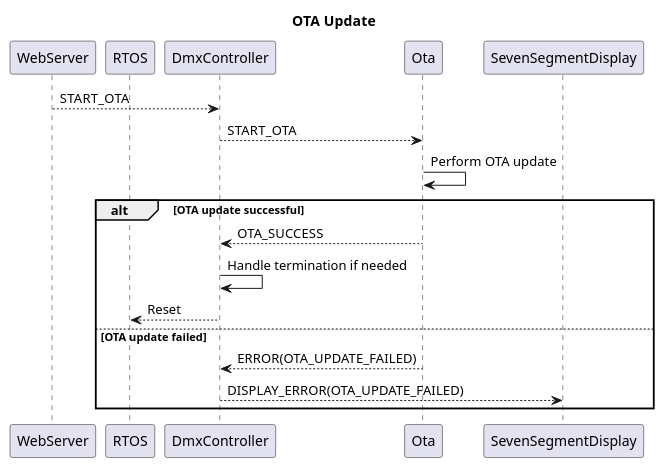
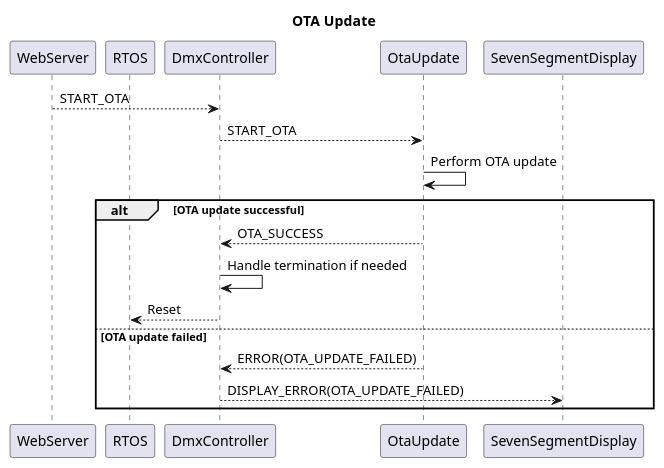
The eighth of 8 diagrams in Documentation/software_design.puml (michelkeijzers/Esp32DmxController), drawn with PlantUML before and after one commit. The commit also changed other lines of this file and 8 other files, not shown here.

```diff
--- a/Documentation/software_design.puml
+++ b/Documentation/software_design.puml
@@ -442,21 +442,21 @@
 @startuml 
 title OTA Update
 
 participant WebServer
 participant RTOS
 participant DmxController
-participant Ota
+participant OtaUpdate
 participant SevenSegmentDisplay
 
 WebServer --> DmxController : START_OTA
-DmxController --> Ota : START_OTA 
-Ota -> Ota : Perform OTA update
+DmxController --> OtaUpdate : START_OTA 
+OtaUpdate -> OtaUpdate : Perform OTA update
 alt OTA update successful
-    Ota --> DmxController : OTA_SUCCESS
+    OtaUpdate --> DmxController : OTA_SUCCESS
     DmxController -> DmxController : Handle termination if needed
     DmxController --> RTOS: Reset
 else OTA update failed
-    Ota --> DmxController : ERROR(OTA_UPDATE_FAILED)
+    OtaUpdate --> DmxController : ERROR(OTA_UPDATE_FAILED)
     DmxController --> SevenSegmentDisplay : DISPLAY_ERROR(OTA_UPDATE_FAILED)
 end
 @enduml 
```
